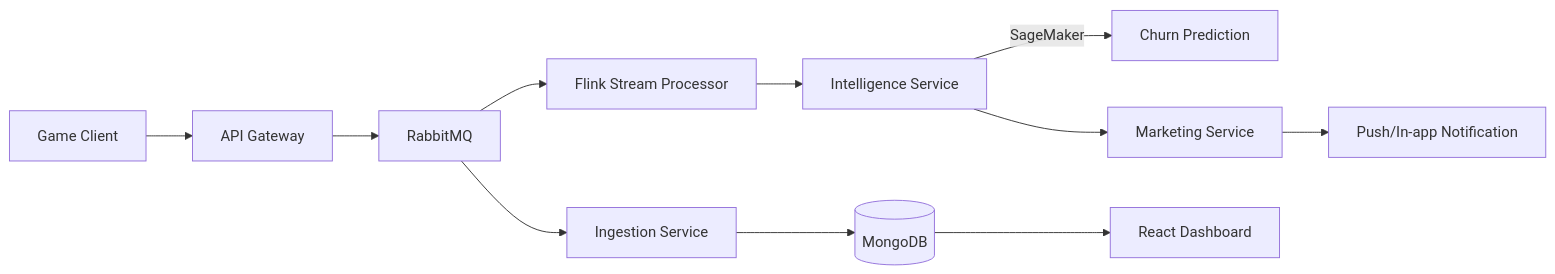
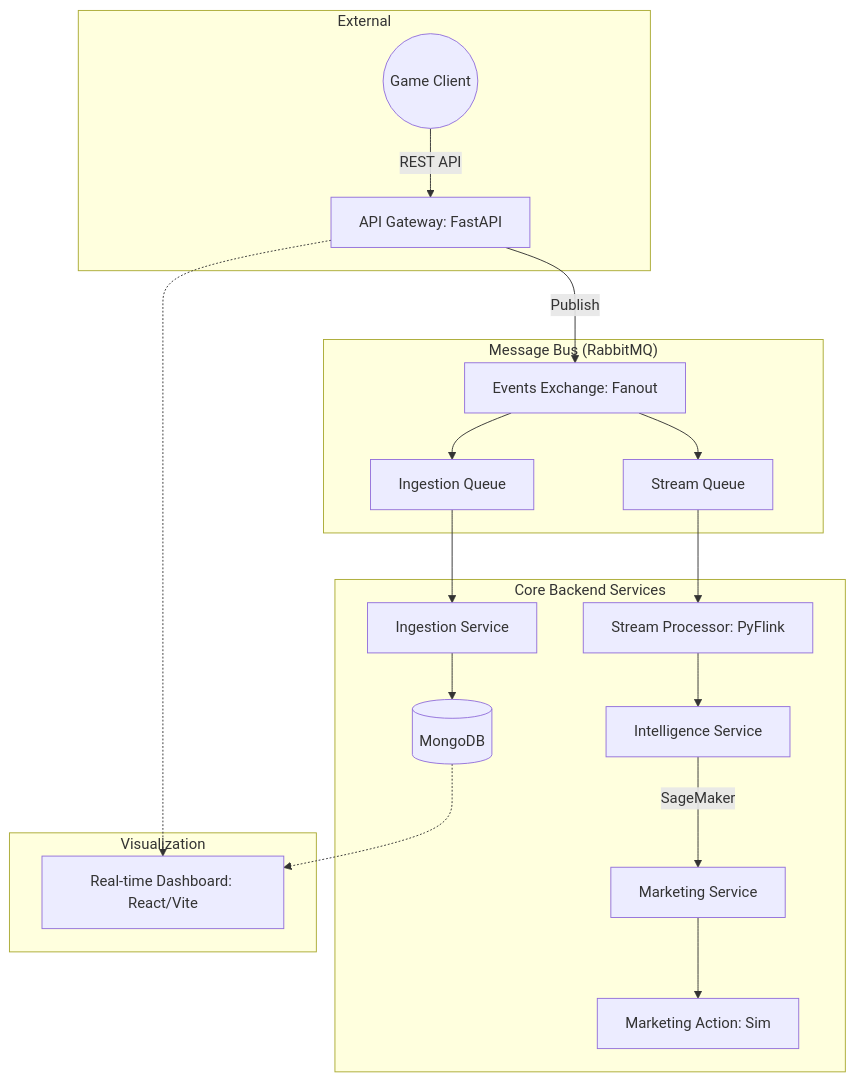
The diagram in README.md (kookm131/kinetic-observatory), drawn with Mermaid before and after one commit. The commit also changed other lines of this file and 3 other files, not shown here.

````diff
--- a/README.md
+++ b/README.md
@@ -23,13 +15,27 @@
 ```mermaid
-graph LR
-    Client[Game Client] --> Gateway[API Gateway]
-    Gateway --> RMQ[RabbitMQ]
-    RMQ --> Processor[Flink Stream Processor]
-    RMQ --> Ingestion[Ingestion Service]
-    Ingestion --> Mongo[(MongoDB)]
-    Processor --> Intel[Intelligence Service]
-    Intel -- SageMaker --> Predict[Churn Prediction]
-    Intel --> Market[Marketing Service]
-    Market --> Notify[Push/In-app Notification]
-    Mongo --> Dashboard[React Dashboard]
+graph TD
+    subgraph "External"
+        User((Game Client)) -->|REST API| AGW[API Gateway: FastAPI]
+    end
+
+    subgraph "Message Bus (RabbitMQ)"
+        AGW -->|Publish| EX[Events Exchange: Fanout]
+        EX --> IQ[Ingestion Queue]
+        EX --> SQ[Stream Queue]
+    end
+
+    subgraph "Core Backend Services"
+        IQ --> IS[Ingestion Service]
+        IS --> MDB[(MongoDB)]
+        
+        SQ --> SP[Stream Processor: PyFlink]
+        SP --> Intel[Intelligence Service]
+        Intel -- SageMaker --> MS[Marketing Service]
+        MS --> Action[Marketing Action: Sim]
+    end
+
+    subgraph "Visualization"
+        MDB -.-> Dash[Real-time Dashboard: React/Vite]
+        AGW -.-> Dash
+    end
 ```
````
